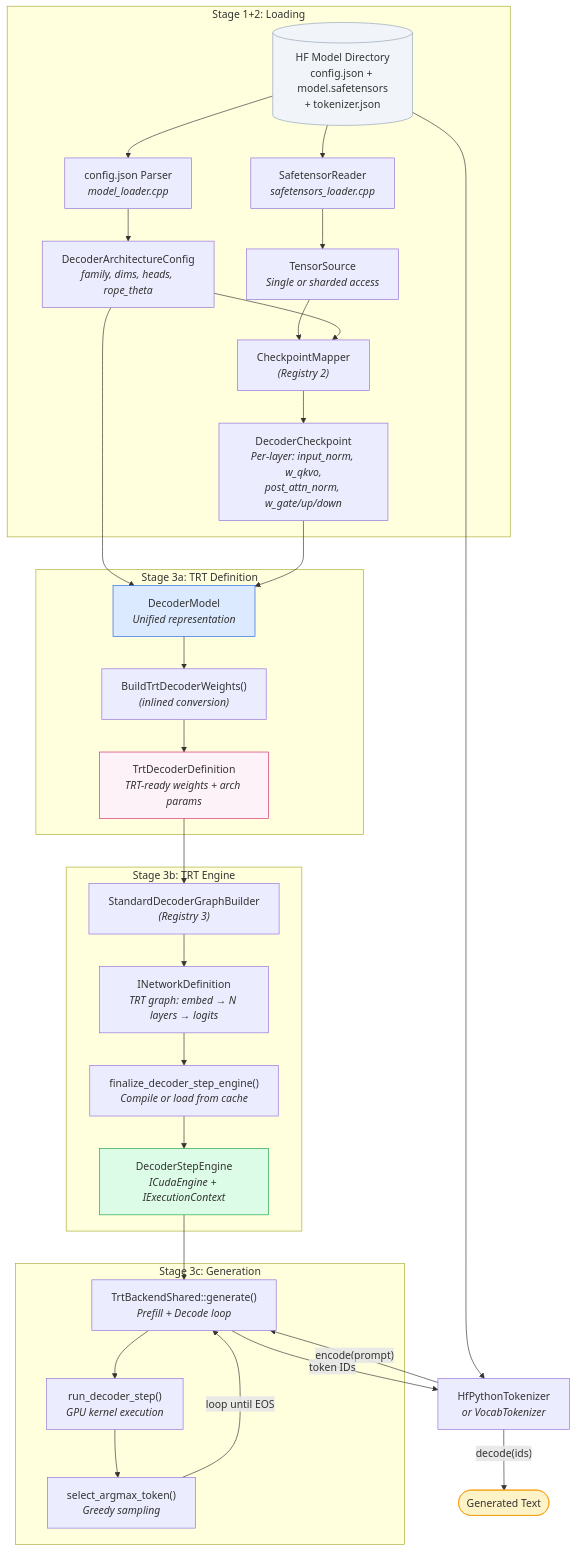
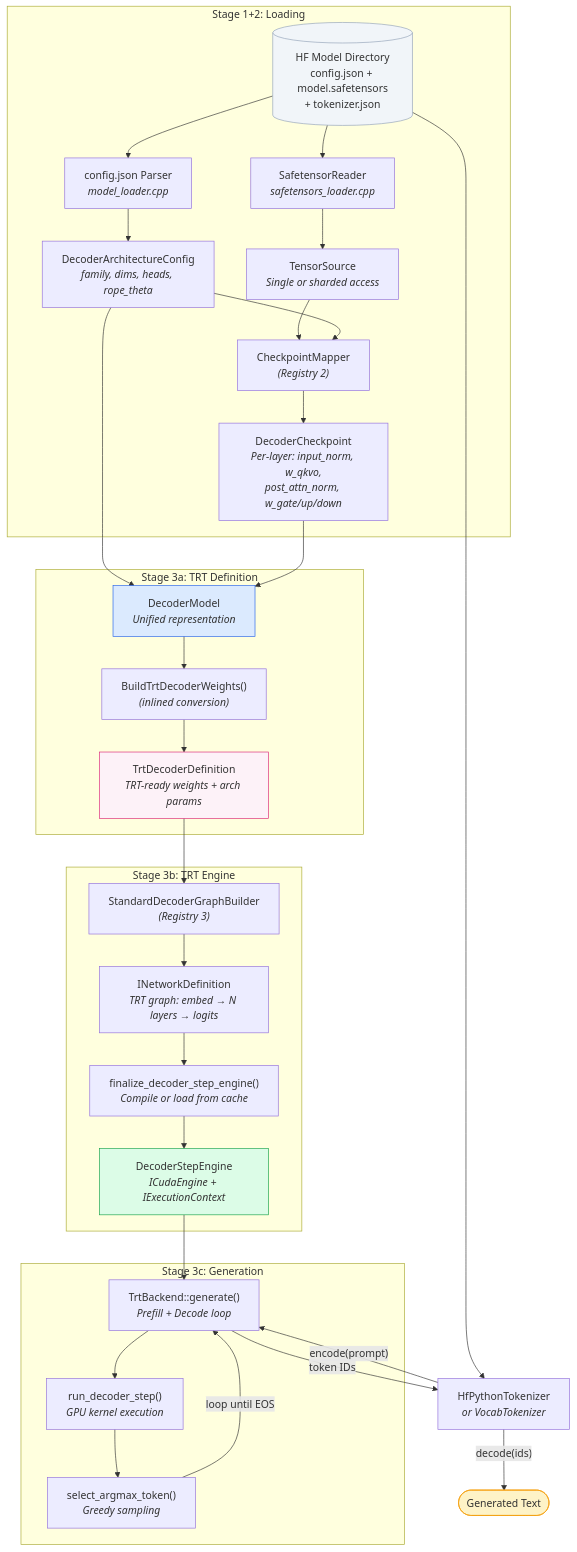
The eighth of 8 diagrams in docs/wiki/Dynamic-Design.md (AbishekCoder1/TensorRT-Model-Connect), drawn with Mermaid before and after one commit. The commit also changed other lines of this file and 32 other files, not shown here.

First line of the commit message:
refactor: Zero-edit parallel agent architecture + DI-clean IModelRuntime

````diff
--- a/docs/wiki/Dynamic-Design.md
+++ b/docs/wiki/Dynamic-Design.md
@@ -457,46 +457,46 @@
 ```mermaid
 flowchart TD
     A[("HF Model Directory<br/>config.json + model.safetensors<br/>+ tokenizer.json")] --> B
 
     subgraph "Stage 1+2: Loading"
         B["config.json Parser<br/><i>model_loader.cpp</i>"] --> C["DecoderArchitectureConfig<br/><i>family, dims, heads, rope_theta</i>"]
         A --> D["SafetensorReader<br/><i>safetensors_loader.cpp</i>"]
         D --> E["TensorSource<br/><i>Single or sharded access</i>"]
         E --> F["CheckpointMapper<br/><i>(Registry 2)</i>"]
         C --> F
         F --> G["DecoderCheckpoint<br/><i>Per-layer: input_norm, w_qkvo,<br/>post_attn_norm, w_gate/up/down</i>"]
     end
 
     C --> H["DecoderModel<br/><i>Unified representation</i>"]
     G --> H
 
     subgraph "Stage 3a: TRT Definition"
         H --> I["BuildTrtDecoderWeights()<br/><i>(inlined conversion)</i>"]
         I --> J["TrtDecoderDefinition<br/><i>TRT-ready weights + arch params</i>"]
     end
 
     subgraph "Stage 3b: TRT Engine"
         J --> K["StandardDecoderGraphBuilder<br/><i>(Registry 3)</i>"]
         K --> L["INetworkDefinition<br/><i>TRT graph: embed → N layers → logits</i>"]
         L --> M["finalize_decoder_step_engine()<br/><i>Compile or load from cache</i>"]
         M --> N["DecoderStepEngine<br/><i>ICudaEngine + IExecutionContext</i>"]
     end
 
     subgraph "Stage 3c: Generation"
-        N --> O["TrtBackendShared::generate()<br/><i>Prefill + Decode loop</i>"]
+        N --> O["TrtBackend::generate()<br/><i>Prefill + Decode loop</i>"]
         O --> P["run_decoder_step()<br/><i>GPU kernel execution</i>"]
         P --> Q["select_argmax_token()<br/><i>Greedy sampling</i>"]
         Q -->|"loop until EOS"| O
     end
 
     A --> R["HfPythonTokenizer<br/><i>or VocabTokenizer</i>"]
     R -->|"encode(prompt)"| O
     O -->|"token IDs"| R
     R -->|"decode(ids)"| S(["Generated Text"])
 
     style A fill:#f1f5f9,stroke:#94a3b8
     style H fill:#dbeafe,stroke:#2563eb
     style J fill:#fdf2f8,stroke:#db2777
     style N fill:#dcfce7,stroke:#16a34a
     style S fill:#fef3c7,stroke:#f59e0b
 ```
````
